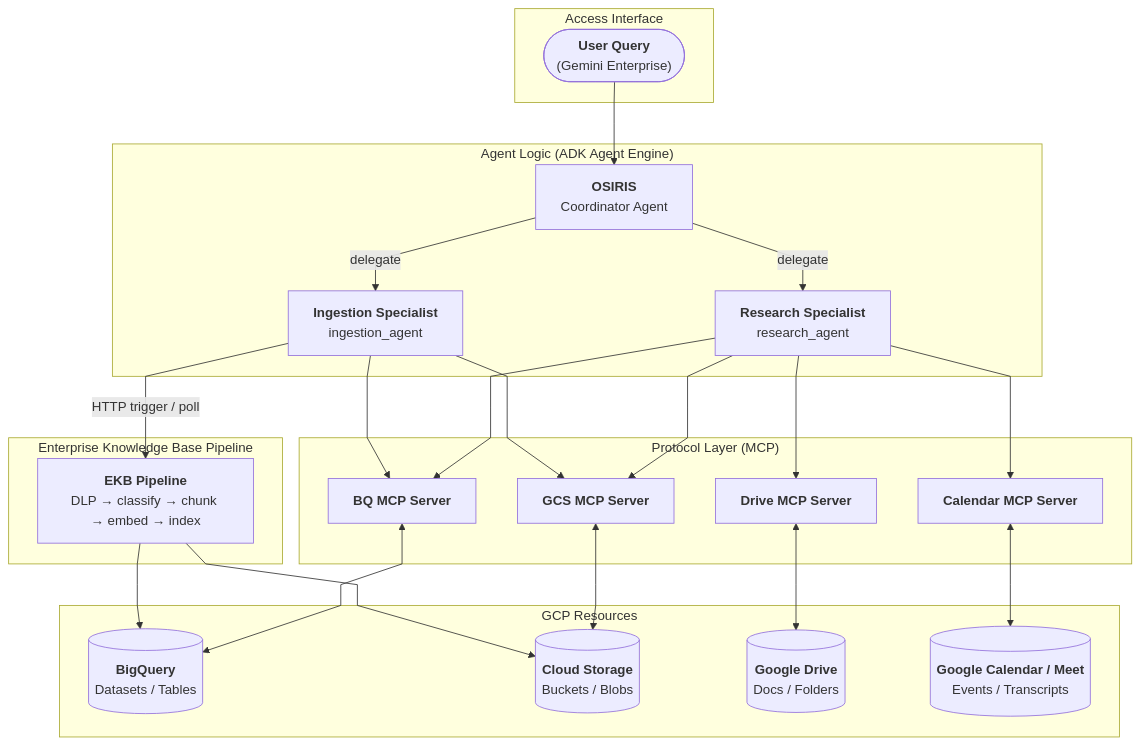
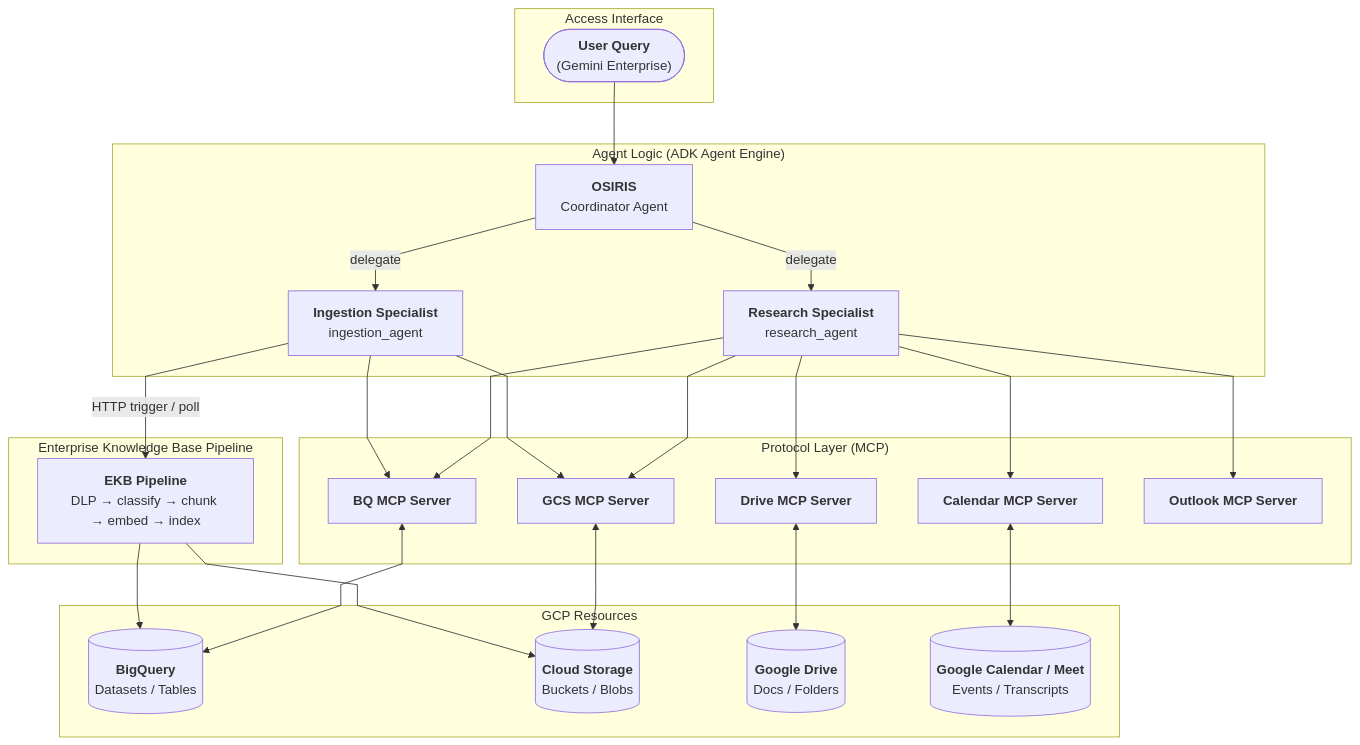
One commit to eamadorm-endava/Research-Agent changed the diagram in README.md. Above: the diagram before and after it, drawn with Mermaid. The commit also changed other lines of this file and 24 other files, not shown here.

First line of the commit message:
Feature/outlook mcp server (#270)

````diff
--- a/README.md
+++ b/README.md
@@ -36,57 +37,59 @@
 ```mermaid
 %%{init: {'flowchart': {'curve': 'linear'}}}%%
 graph TD
     subgraph Entry ["Access Interface"]
         User(["<b>User Query</b><br/>(Gemini Enterprise)"])
     end
 
     subgraph Core ["Agent Logic (ADK Agent Engine)"]
         Coordinator["<b>OSIRIS</b><br/>Coordinator Agent"]
         ResSpec["<b>Research Specialist</b><br/>research_agent"]
         IngSpec["<b>Ingestion Specialist</b><br/>ingestion_agent"]
         Coordinator -->|delegate| ResSpec
         Coordinator -->|delegate| IngSpec
     end
 
     subgraph Gateway ["Protocol Layer (MCP)"]
         BQ_MCP["<b>BQ MCP Server</b>"]
         GCS_MCP["<b>GCS MCP Server</b>"]
         Drive_MCP["<b>Drive MCP Server</b>"]
         Calendar_MCP["<b>Calendar MCP Server</b>"]
+        Outlook_MCP["<b>Outlook MCP Server</b>"]
     end
 
     subgraph Service ["GCP Resources"]
         BQ_Res[("<b>BigQuery</b><br/>Datasets / Tables")]
         GCS_Res[("<b>Cloud Storage</b><br/>Buckets / Blobs")]
         Drive_Res[("<b>Google Drive</b><br/>Docs / Folders")]
         Calendar_Res[("<b>Google Calendar / Meet</b><br/>Events / Transcripts")]
     end
 
     subgraph EKBPipeline ["Enterprise Knowledge Base Pipeline"]
         EKB["<b>EKB Pipeline</b><br/>DLP → classify → chunk → embed → index"]
     end
 
     %% User entry
     User --> Coordinator
 
     %% OSIRIS (Research Specialist) MCP access
     ResSpec --> BQ_MCP
     ResSpec --> GCS_MCP
     ResSpec --> Drive_MCP
     ResSpec --> Calendar_MCP
+    ResSpec --> Outlook_MCP
 
     %% Ingestion agent MCP + EKB access
     IngSpec --> BQ_MCP
     IngSpec --> GCS_MCP
     IngSpec -->|HTTP trigger / poll| EKB
 
     %% MCP ↔ GCP
     BQ_MCP <--> BQ_Res
     GCS_MCP <--> GCS_Res
     Drive_MCP <--> Drive_Res
     Calendar_MCP <--> Calendar_Res
 
     %% EKB writes to storage
     EKB --> GCS_Res
     EKB --> BQ_Res
 ```
````
